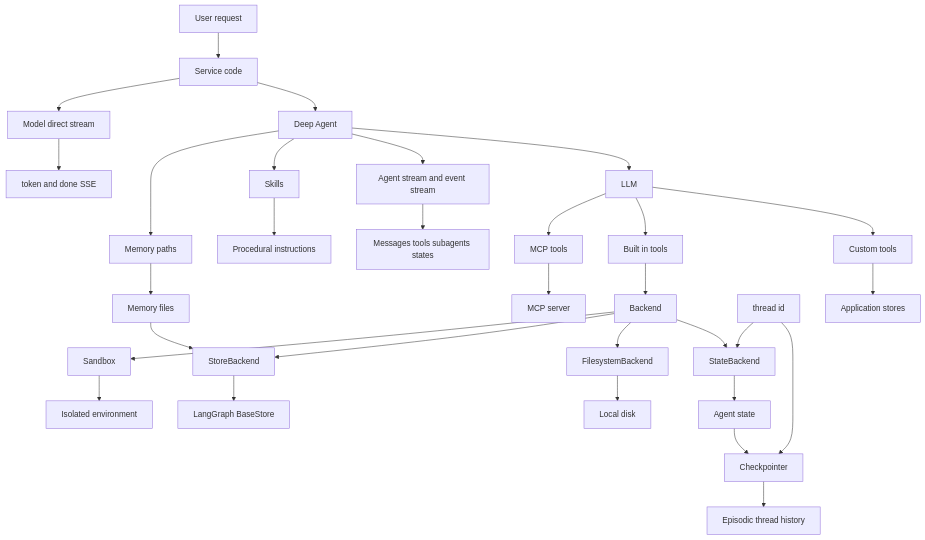
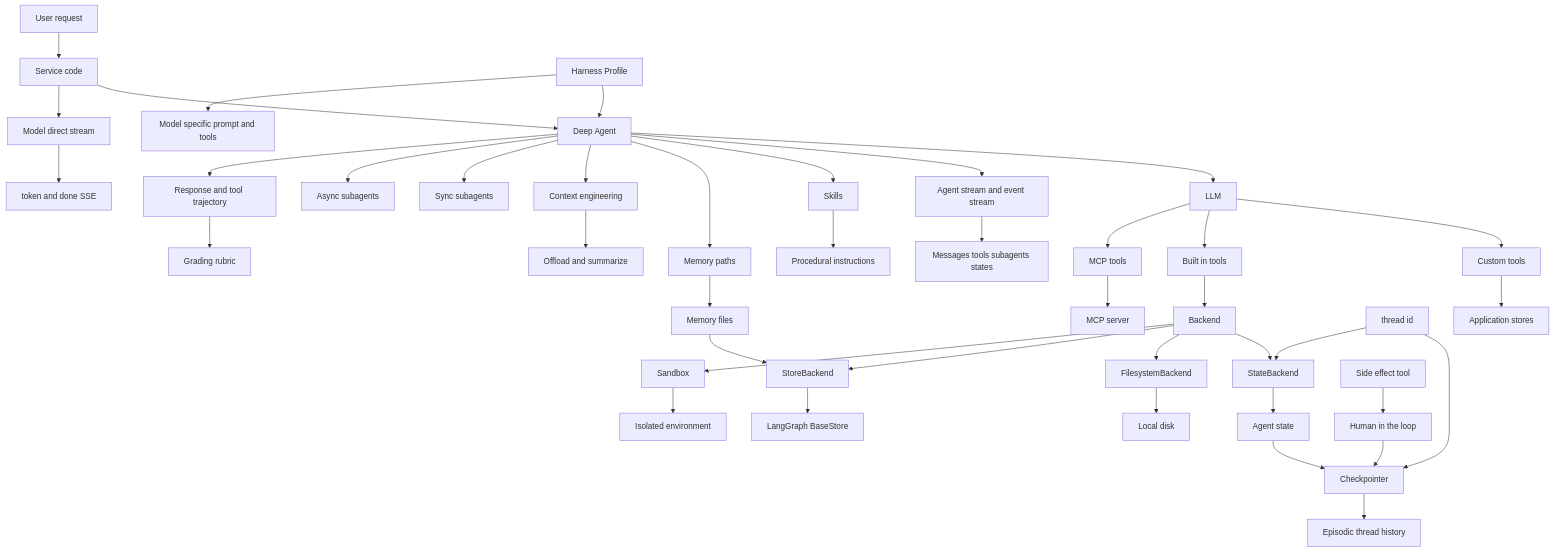
Before and after one commit to src6161990/persona: the first of 7 diagrams in 0_deepagnet_study/01_17_tools_backends_state_map.md, drawn with Mermaid. The commit also changed other lines of this file and 2 other files, not shown here.

````diff
--- a/0_deepagnet_study/01_17_tools_backends_state_map.md
+++ b/0_deepagnet_study/01_17_tools_backends_state_map.md
@@ -8,46 +8,57 @@
 ```mermaid
 flowchart TB
   Request[User request]
   Service[Service code]
   Agent[Deep Agent]
   Model[LLM]
 
   Request --> Service
   Service --> Agent
   Agent --> Model
 
   Model --> Custom[Custom tools]
   Model --> Builtin[Built in tools]
   Model --> MCP[MCP tools]
 
   Custom --> AppStore[Application stores]
   Builtin --> Backend[Backend]
   MCP --> MCPServer[MCP server]
 
   Backend --> State[StateBackend]
   Backend --> FileSystem[FilesystemBackend]
   Backend --> Store[StoreBackend]
   Backend --> Sandbox[Sandbox]
 
   State --> AgentState[Agent state]
   AgentState --> Checkpointer[Checkpointer]
   Thread[thread id] --> Checkpointer
   Thread --> State
 
   FileSystem --> LocalDisk[Local disk]
   Store --> BaseStore[LangGraph BaseStore]
   Sandbox --> Isolated[Isolated environment]
 
   Agent --> AgentStream[Agent stream and event stream]
   AgentStream --> AgentEvents[Messages tools subagents states]
 
   Service --> ModelStream[Model direct stream]
   ModelStream --> SSE[token and done SSE]
 
   Agent --> Skills[Skills]
   Skills --> Procedure[Procedural instructions]
   Agent --> Memory[Memory paths]
   Memory --> MemoryFile[Memory files]
   MemoryFile --> Store
   Checkpointer --> Episodic[Episodic thread history]
+
+  Profile[Harness Profile] --> Agent
+  Profile --> ModelTune[Model specific prompt and tools]
+  Agent --> Context[Context engineering]
+  Context --> Compress[Offload and summarize]
+  Agent --> SyncSub[Sync subagents]
+  Agent --> AsyncSub[Async subagents]
+  Sensitive[Side effect tool] --> HITL[Human in the loop]
+  HITL --> Checkpointer
+  Agent --> Trace[Response and tool trajectory]
+  Trace --> Rubric[Grading rubric]
 ```
````
